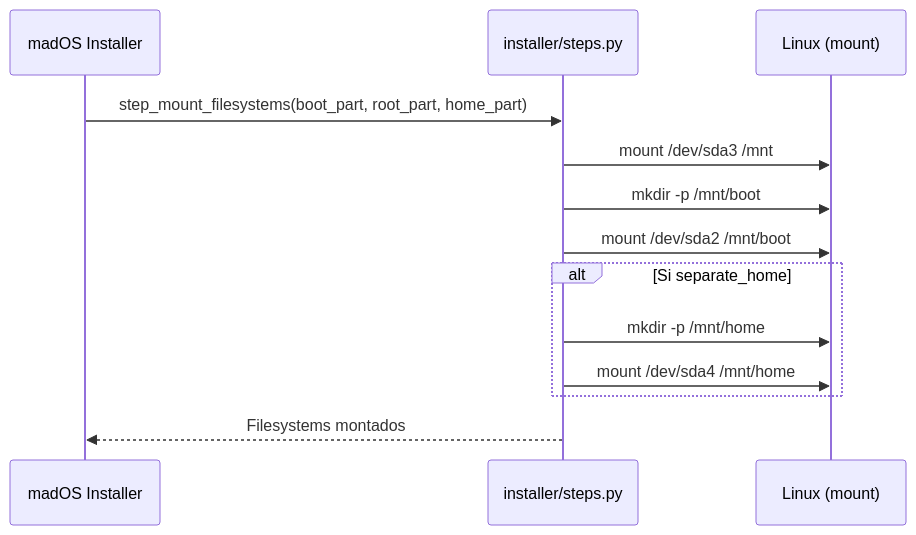
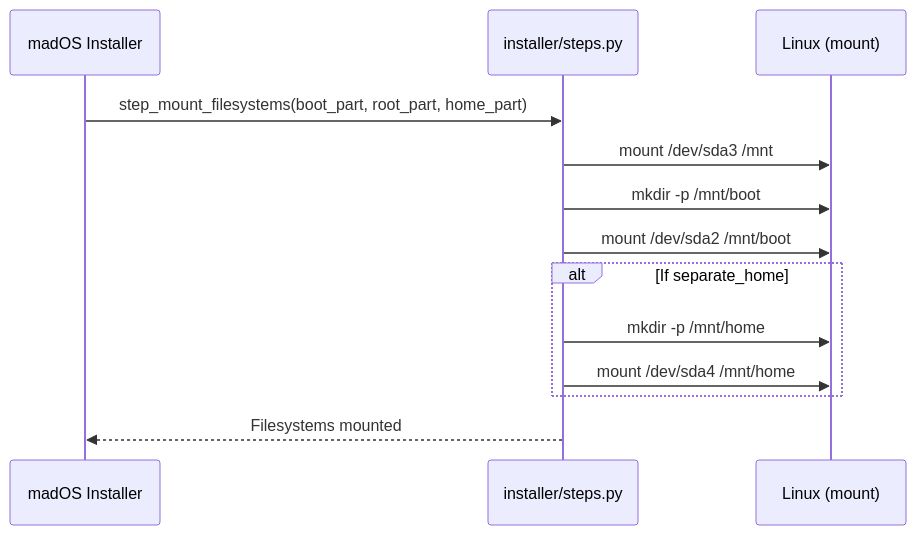
The fourth of 12 diagrams in INSTALLATION_FLOW.md (madoslinux/mados-installer), drawn with Mermaid before and after one commit. The commit also changed other lines of this file and 1 other file, not shown here.

````diff
--- a/INSTALLATION_FLOW.md
+++ b/INSTALLATION_FLOW.md
@@ -82,19 +82,19 @@
 ```mermaid
 sequenceDiagram
     participant App as madOS Installer
     participant Steps as installer/steps.py
     participant System as Linux (mount)
 
     App->>Steps: step_mount_filesystems(boot_part, root_part, home_part)
 
     Steps->>System: mount /dev/sda3 /mnt
     Steps->>System: mkdir -p /mnt/boot
     Steps->>System: mount /dev/sda2 /mnt/boot
 
-    alt Si separate_home
+    alt If separate_home
         Steps->>System: mkdir -p /mnt/home
         Steps->>System: mount /dev/sda4 /mnt/home
     end
 
-    Steps-->>App: Filesystems montados
+    Steps-->>App: Filesystems mounted
 ```
````
